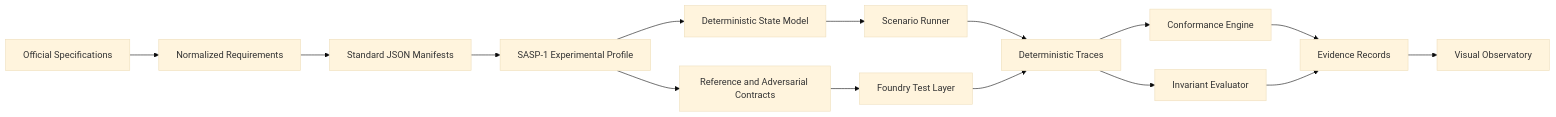
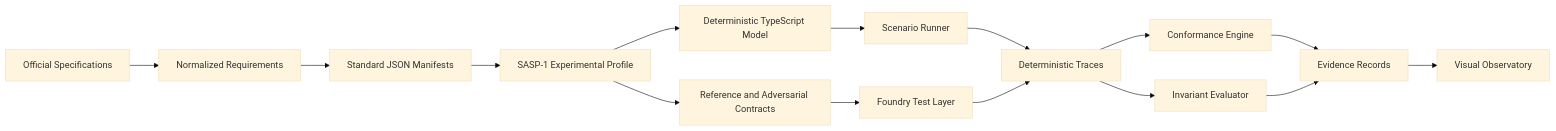
The diagram in README.md (valeriusvarda/spectra-asset-protocol-lab), drawn with Mermaid (base theme) before and after one commit. The commit also changed other lines of this file, not shown here.

First line of the commit message:
docs(readme): publish executable model baseline

````diff
--- a/README.md
+++ b/README.md
@@ -216,23 +557,23 @@
 ```mermaid
 flowchart LR
     A[Official Specifications] --> B[Normalized Requirements]
     B --> C[Standard JSON Manifests]
     C --> D[SASP-1 Experimental Profile]
 
-    D --> E[Deterministic State Model]
+    D --> E[Deterministic TypeScript Model]
     D --> F[Reference and Adversarial Contracts]
 
     E --> G[Scenario Runner]
     F --> H[Foundry Test Layer]
 
     G --> I[Deterministic Traces]
     H --> I
 
     I --> J[Conformance Engine]
     I --> K[Invariant Evaluator]
 
     J --> L[Evidence Records]
     K --> L
 
     L --> M[Visual Observatory]
 ```
````
